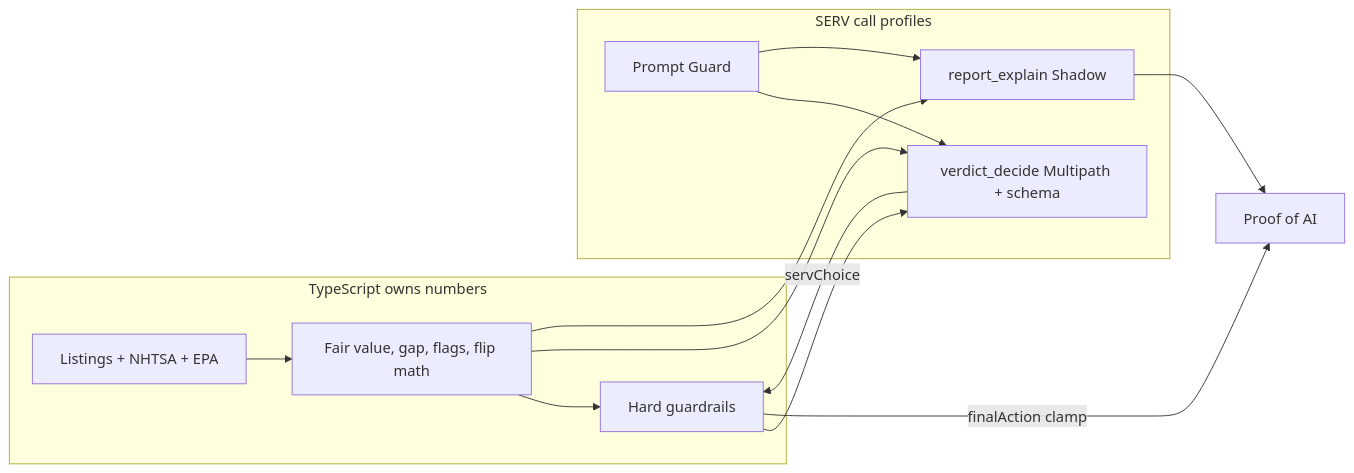
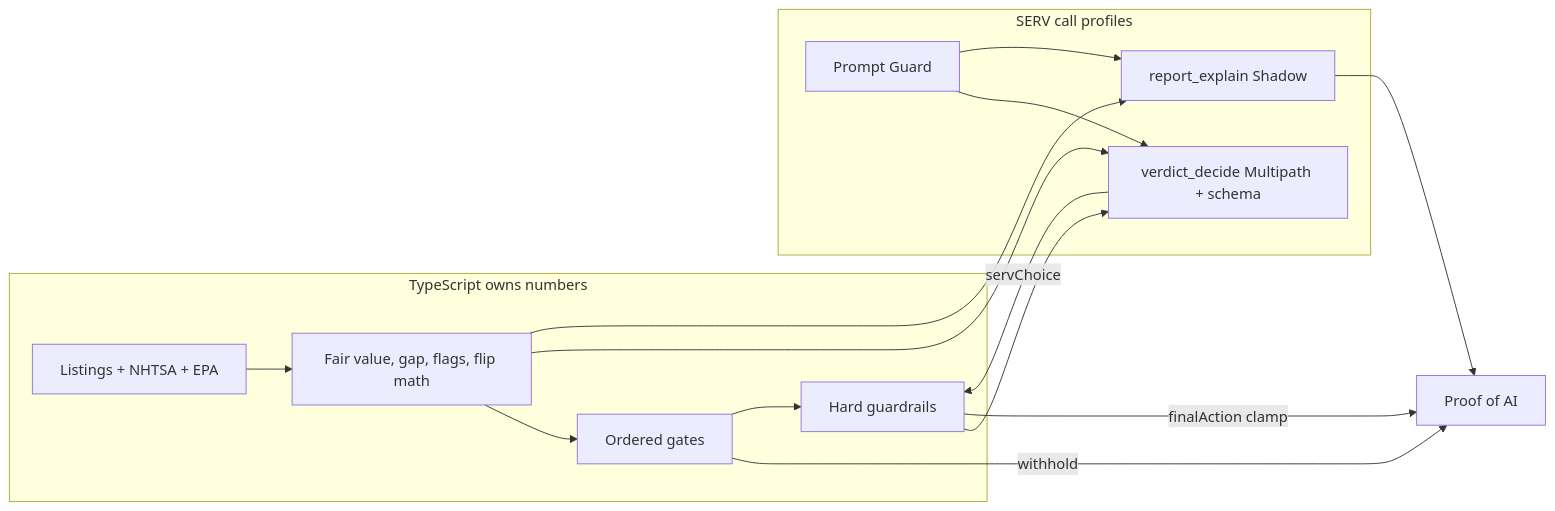
One commit to aspekt19/autoflip changed the diagram in README.md. Above: the diagram before and after it, drawn with Mermaid. The commit also changed other lines of this file and 17 other files, not shown here.

First line of the commit message:
Add ordered verdict gates, WITHHELD, proof UI, and agent card

````diff
--- a/README.md
+++ b/README.md
@@ -24,22 +26,25 @@
 ```mermaid
 flowchart LR
   subgraph ts [TypeScript owns numbers]
     Fetch[Listings + NHTSA + EPA]
     Facts[Fair value, gap, flags, flip math]
+    Gates[Ordered gates]
     Rails[Hard guardrails]
   end
   subgraph serv [SERV call profiles]
     Guard[Prompt Guard]
     Decide[verdict_decide Multipath + schema]
     Explain[report_explain Shadow]
   end
   Proof[Proof of AI]
-  Fetch --> Facts --> Rails
+  Fetch --> Facts --> Gates
+  Gates -->|withhold| Proof
+  Gates --> Rails
   Facts --> Decide
   Rails --> Decide
   Decide -->|servChoice| Rails
   Rails -->|finalAction clamp| Proof
   Facts --> Explain --> Proof
   Guard --> Decide
   Guard --> Explain
 ```
````
